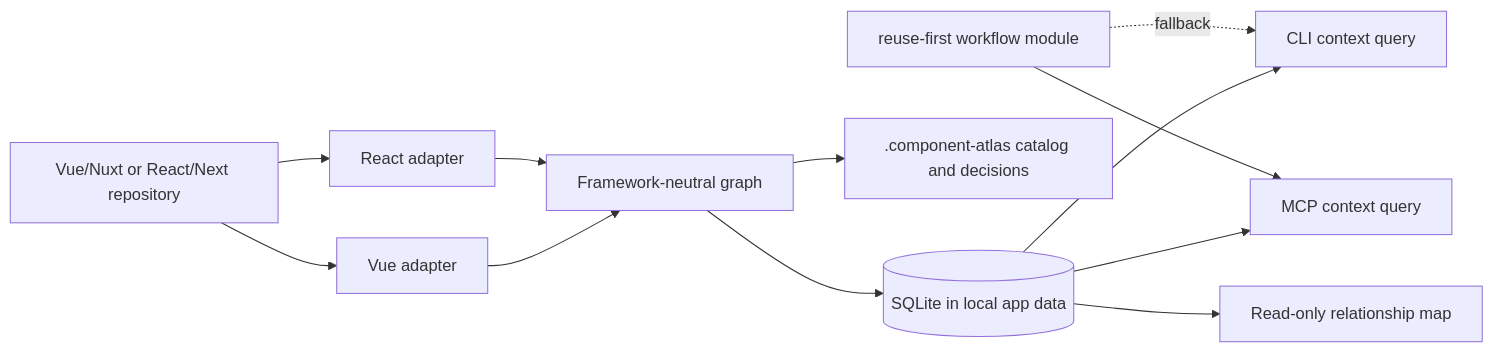
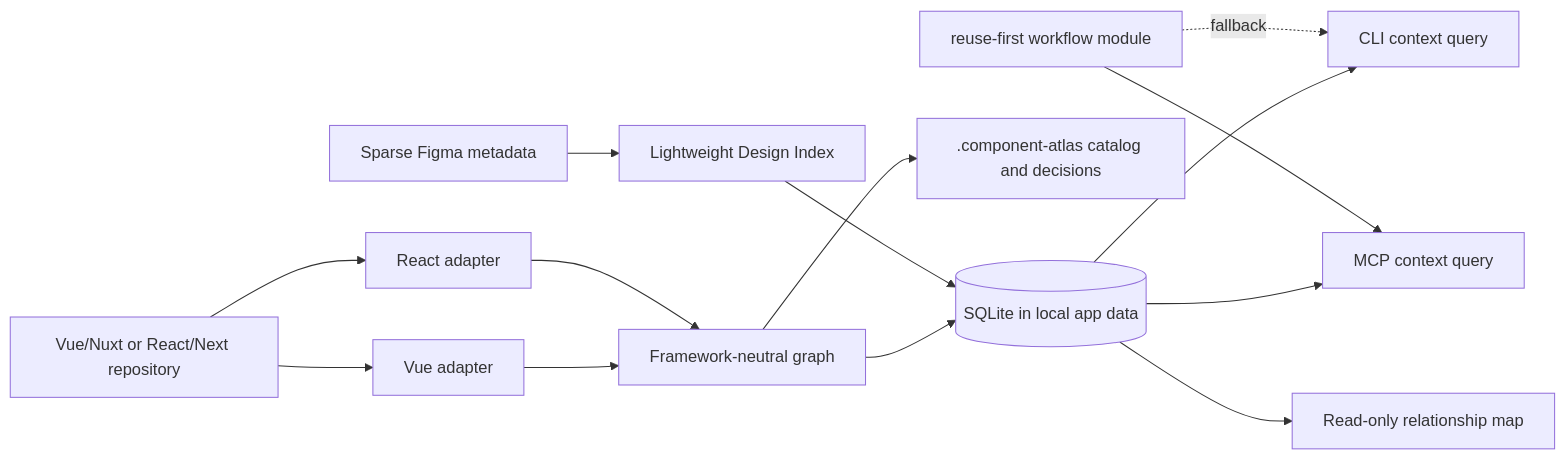
One commit to jesus-molano/project-atlas changed the diagram in docs/architecture.md. Above: the diagram before and after it, drawn with Mermaid. The commit also changed other lines of this file and 26 other files, not shown here.

Commit message:
feat: add cached Figma design index

````diff
--- a/docs/architecture.md
+++ b/docs/architecture.md
@@ -6,25 +6,29 @@
 ```mermaid
 flowchart LR
   R[Vue/Nuxt or React/Next repository]
   V[Vue adapter]
   X[React adapter]
   G[Framework-neutral graph]
+  F[Sparse Figma metadata]
+  D[Lightweight Design Index]
   S[(SQLite in local app data)]
   A[.component-atlas catalog and decisions]
   C[CLI context query]
   M[MCP context query]
   W[Read-only relationship map]
   K[reuse-first workflow module]
 
   R --> V
   R --> X
   V --> G
   X --> G
+  F --> D
   G --> S
+  D --> S
   G --> A
   S --> C
   S --> M
   S --> W
   K --> M
   K -. fallback .-> C
 ```
````
